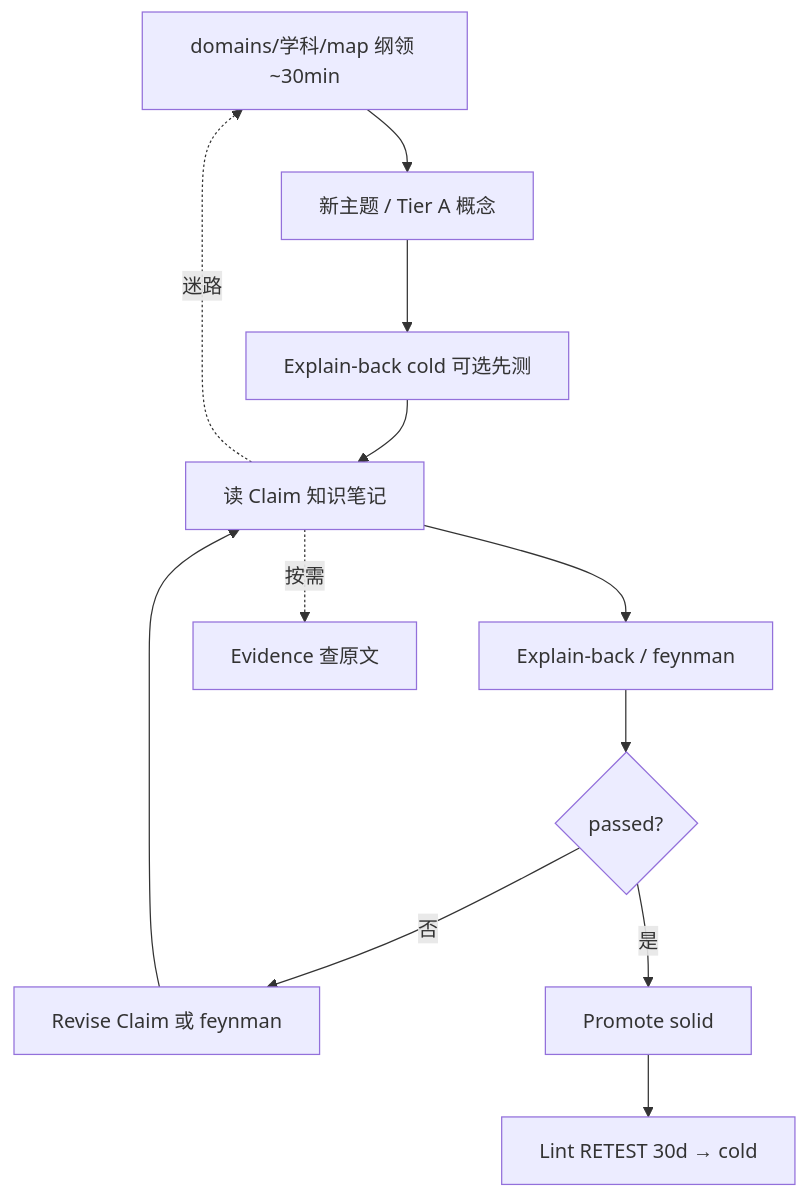
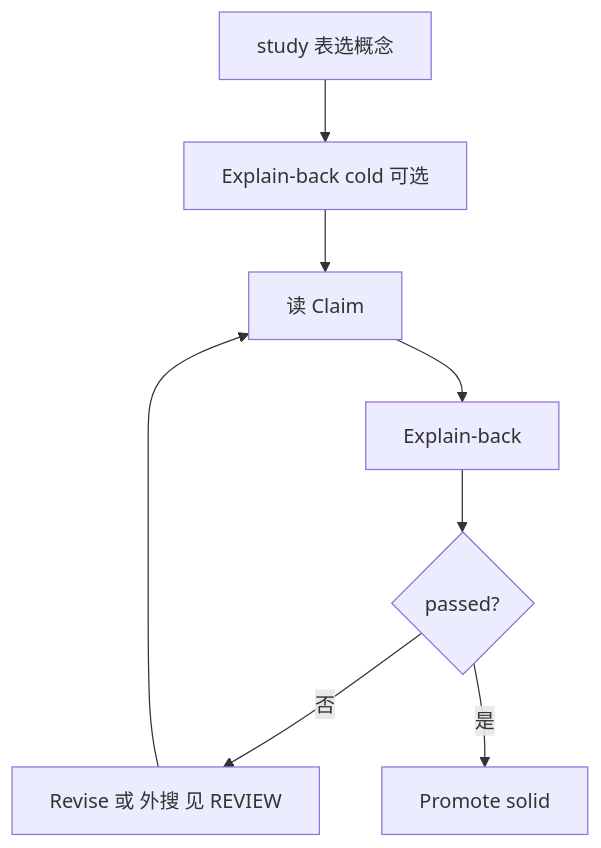
Before and after one commit to dylanchen1925/zhuomo: the diagram in templates/wiki/help.md, drawn with Mermaid. The commit also changed other lines of this file and 20 other files, not shown here.

First line of the commit message:
Remove sketch diagram assets and demote feynman from default study path.

````diff
--- a/templates/wiki/help.md
+++ b/templates/wiki/help.md
@@ -36,14 +35,10 @@
 ```mermaid
 flowchart TD
-  M["domains/学科/map 纲领 ~30min"] --> A[新主题 / Tier A 概念]
-  A --> B["Explain-back cold 可选先测"]
-  B --> C["读 Claim 知识笔记"]
-  C --> D["Explain-back / feynman"]
+  A[study 表选概念] --> B["Explain-back cold 可选"]
+  B --> C[读 Claim]
+  C --> D[Explain-back]
   D --> E{passed?}
-  E -->|否| F["Revise Claim 或 feynman"]
+  E -->|否| F[Revise 或 外搜 见 REVIEW]
   F --> C
   E -->|是| G[Promote solid]
-  G --> H["Lint RETEST 30d → cold"]
-  C -.->|按需| I[Evidence 查原文]
-  C -.->|迷路| M
 ```
````
